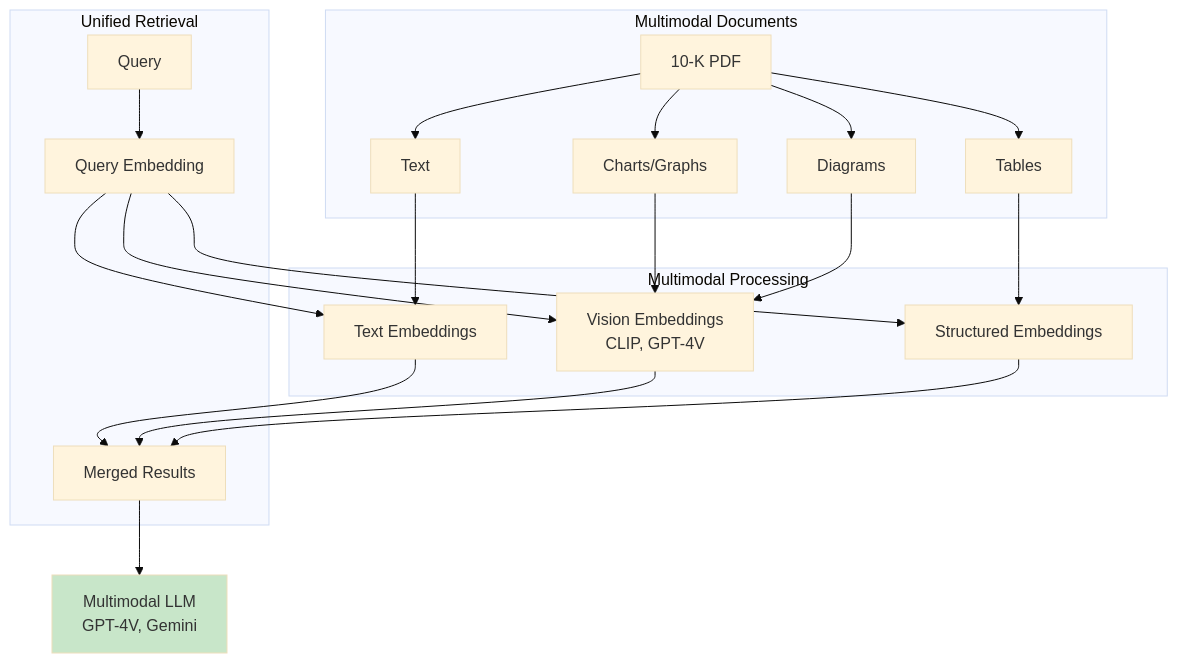
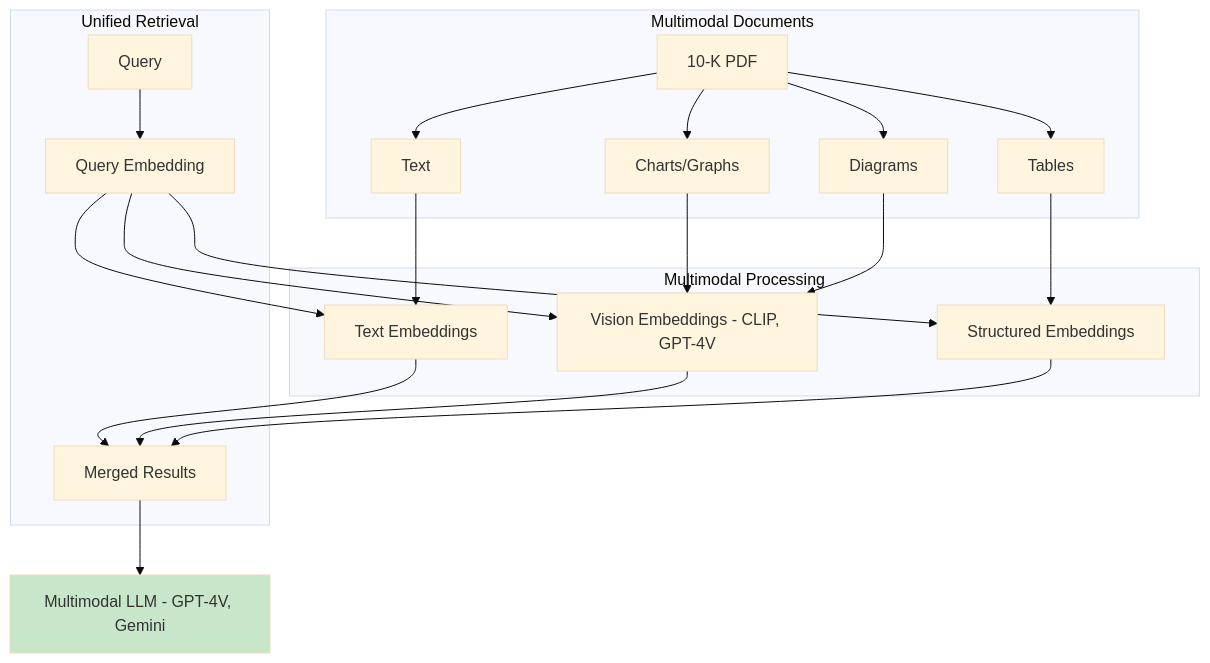
Before and after one commit to indhra/llm_rag_sec_findings: the ninth of 10 diagrams in docs/learning/08-advanced-rag.md, drawn with Mermaid (base theme). The commit also changed other lines of this file and 9 other files, not shown here.

````diff
--- a/docs/learning/08-advanced-rag.md
+++ b/docs/learning/08-advanced-rag.md
@@ -404,30 +404,30 @@
 ```mermaid
 graph TB
     subgraph "Multimodal Documents"
         PDF[10-K PDF] --> T[Text]
         PDF --> IMG[Charts/Graphs]
         PDF --> TBL[Tables]
         PDF --> DGM[Diagrams]
     end
     
     subgraph "Multimodal Processing"
         T --> TE[Text Embeddings]
-        IMG --> VE[Vision Embeddings<br/>CLIP, GPT-4V]
+        IMG --> VE[Vision Embeddings - CLIP, GPT-4V]
         TBL --> SE[Structured Embeddings]
         DGM --> VE
     end
     
     subgraph "Unified Retrieval"
         Q[Query] --> QE[Query Embedding]
         QE --> TE
         QE --> VE
         QE --> SE
         TE --> R[Merged Results]
         VE --> R
         SE --> R
     end
     
-    R --> MM[Multimodal LLM<br/>GPT-4V, Gemini]
+    R --> MM[Multimodal LLM - GPT-4V, Gemini]
     
     style MM fill:#c8e6c9
 ```
````
